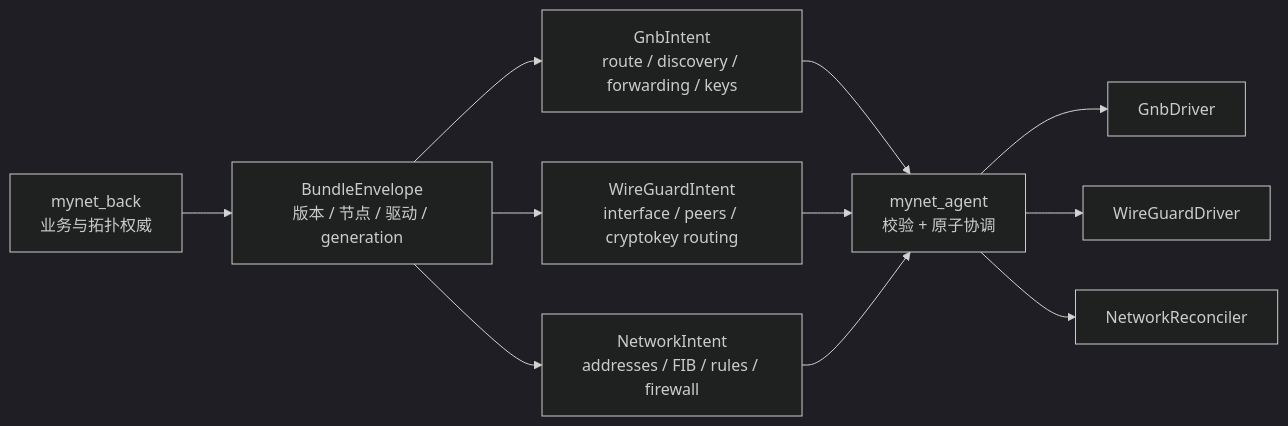
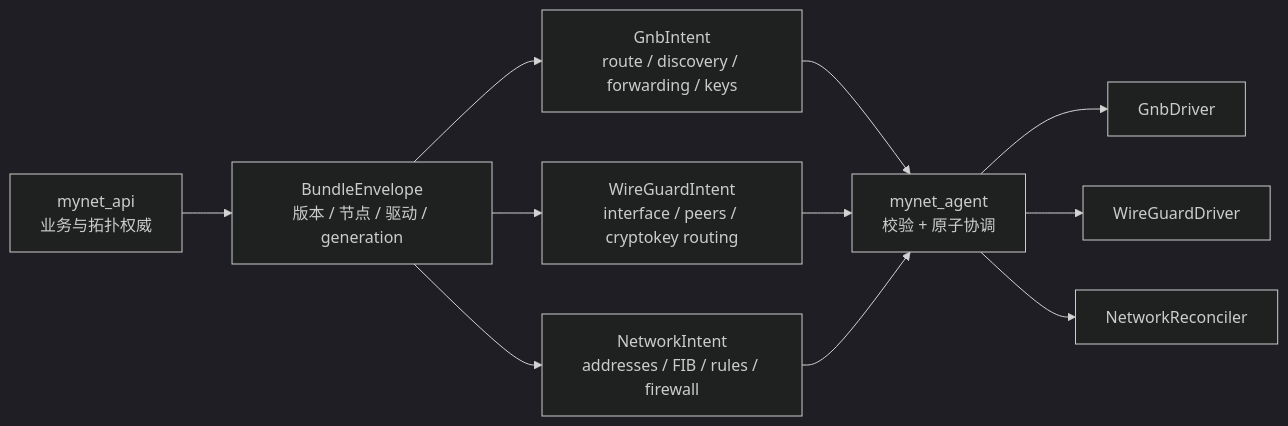
Before and after one commit to mynet-club/mynet_ctl: the diagram in docs/knowledge-base/spec/driver-abstraction.md, drawn with Mermaid (dark theme). The commit also changed other lines of this file and 2 other files, not shown here.

````diff
--- a/docs/knowledge-base/spec/driver-abstraction.md
+++ b/docs/knowledge-base/spec/driver-abstraction.md
@@ -51,23 +51,23 @@
 ```mermaid
 flowchart LR
-  BACK["mynet_back<br/>业务与拓扑权威"]
+  BACK["mynet_api<br/>业务与拓扑权威"]
   ENV["BundleEnvelope<br/>版本 / 节点 / 驱动 / generation"]
   GINT["GnbIntent<br/>route / discovery / forwarding / keys"]
   WINT["WireGuardIntent<br/>interface / peers / cryptokey routing"]
   NINT["NetworkIntent<br/>addresses / FIB / rules / firewall"]
   AGENT["mynet_agent<br/>校验 + 原子协调"]
   GNB["GnbDriver"]
   WG["WireGuardDriver"]
   NET["NetworkReconciler"]
 
   BACK --> ENV
   ENV --> GINT
   ENV --> WINT
   ENV --> NINT
   GINT --> AGENT
   WINT --> AGENT
   NINT --> AGENT
   AGENT --> GNB
   AGENT --> WG
   AGENT --> NET
 ```
````
